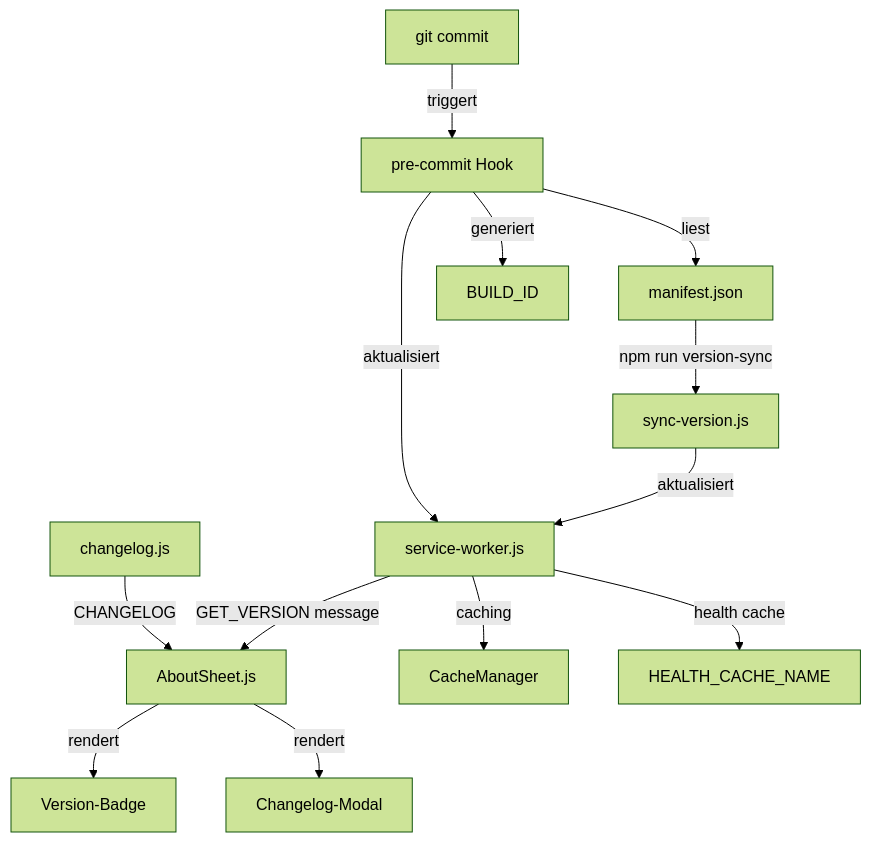
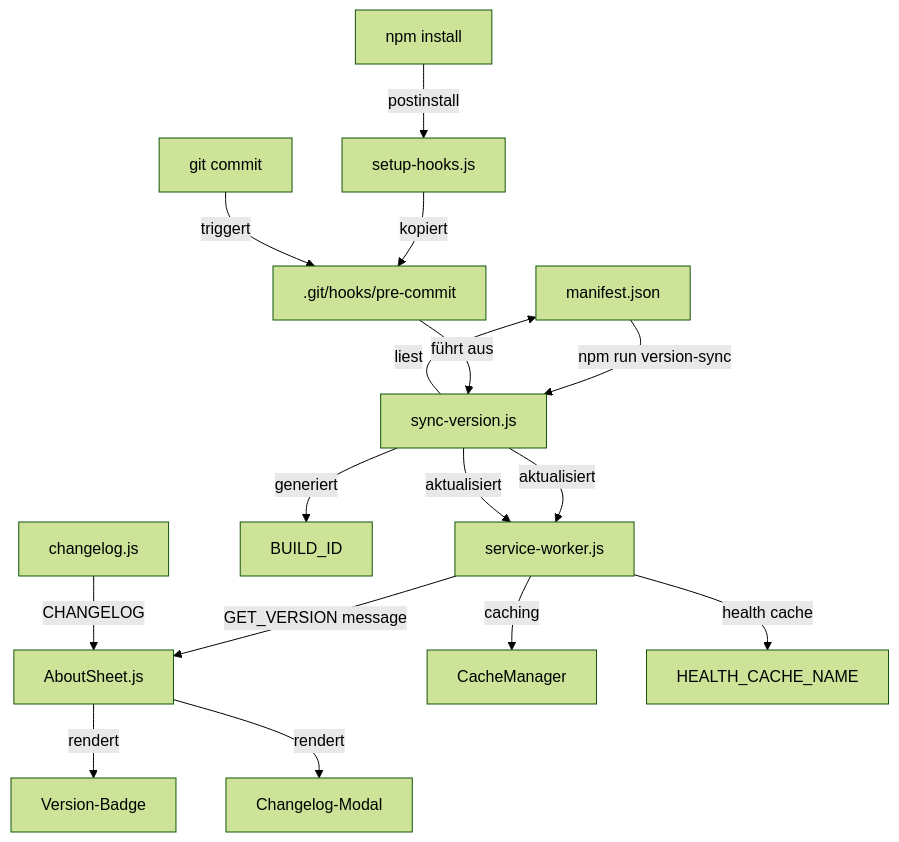
One commit to BFS-IT-AB/Calchas changed the third of 9 diagrams in SYSTEM-ARCHITEKTUR-ANALYSE.md. Above: the diagram before and after it, drawn with Mermaid (forest theme). The commit also changed other lines of this file and 4 other files, not shown here.

Commit message:
feat: Automatische Hook-Installation bei npm install

````diff
--- a/SYSTEM-ARCHITEKTUR-ANALYSE.md
+++ b/SYSTEM-ARCHITEKTUR-ANALYSE.md
@@ -1463,19 +1455,23 @@
 ```mermaid
 graph TD
     M[manifest.json] -->|npm run version-sync| S[sync-version.js]
     S -->|aktualisiert| SW[service-worker.js]
 
-    G[git commit] -->|triggert| H[pre-commit Hook]
-    H -->|liest| M
-    H -->|generiert| B[BUILD_ID]
-    H -->|aktualisiert| SW
+    NI[npm install] -->|postinstall| SH[setup-hooks.js]
+    SH -->|kopiert| H[.git/hooks/pre-commit]
+
+    G[git commit] -->|triggert| H
+    H -->|führt aus| S
+    S -->|liest| M
+    S -->|generiert| B[BUILD_ID]
+    S -->|aktualisiert| SW
 
     SW -->|GET_VERSION message| A[AboutSheet.js]
     A -->|rendert| V[Version-Badge]
 
     C[changelog.js] -->|CHANGELOG| A
     A -->|rendert| CL[Changelog-Modal]
 
     SW -->|caching| CM[CacheManager]
     SW -->|health cache| HC[HEALTH_CACHE_NAME]
 ```
````
